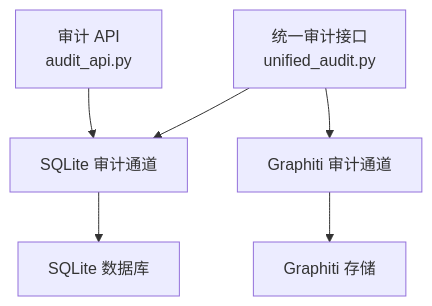
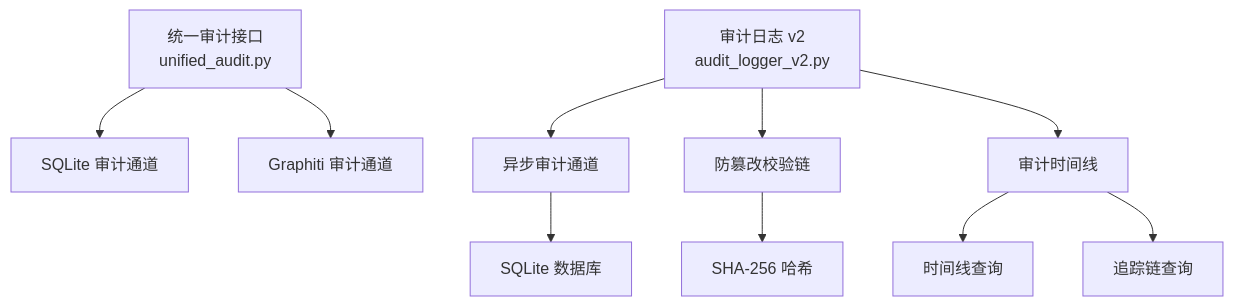
One commit to inier/ontology-graphiti changed the eighth of 11 diagrams in .qoder/repowiki/zh/content/项目概述/核心特性/策略治理系统/策略治理系统.md. Above: the diagram before and after it, drawn with Mermaid. The commit also changed other lines of this file and 64 other files, not shown here.

````diff
--- a/.qoder/repowiki/zh/content/项目概述/核心特性/策略治理系统/策略治理系统.md
+++ b/.qoder/repowiki/zh/content/项目概述/核心特性/策略治理系统/策略治理系统.md
@@ -284,8 +361,12 @@
 ```mermaid
 graph TB
 UA["统一审计接口<br/>unified_audit.py"] --> SA["SQLite 审计通道"]
 UA --> GA["Graphiti 审计通道"]
-API["审计 API<br/>audit_api.py"] --> SA
-SA --> DB["SQLite 数据库"]
-GA --> GDB["Graphiti 存储"]
+ALV2["审计日志 v2<br/>audit_logger_v2.py"] --> AC["异步审计通道"]
+ALV2 --> HC["防篡改校验链"]
+AC --> DB["SQLite 数据库"]
+HC --> SHA["SHA-256 哈希"]
+ALV2 --> AT["审计时间线"]
+AT --> Timeline["时间线查询"]
+AT --> Trace["追踪链查询"]
 ```
````
